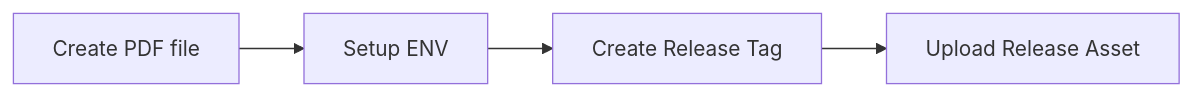
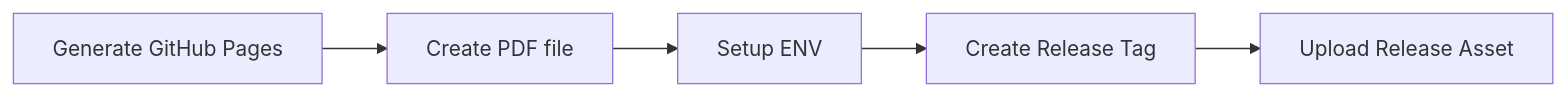
Before and after one commit to doctor500/cv: the diagram in README.md, drawn with Mermaid.

Commit message:
feat: change mermaid annotation

````diff
--- a/README.md
+++ b/README.md
@@ -10,6 +10,7 @@
 ```mermaid
 graph LR;
-    A[Create PDF file]-->B[Setup ENV]
-    B[Setup ENV]-->C[Create Release Tag]
-    C[Create Release Tag]-->D[Upload Release Asset]
+    A[Generate GitHub Pages]-->B[Create PDF file]
+    B[Create PDF file]-->C[Setup ENV]
+    C[Setup ENV]-->D[Create Release Tag]
+    D[Create Release Tag]-->E[Upload Release Asset]
 ```
````
